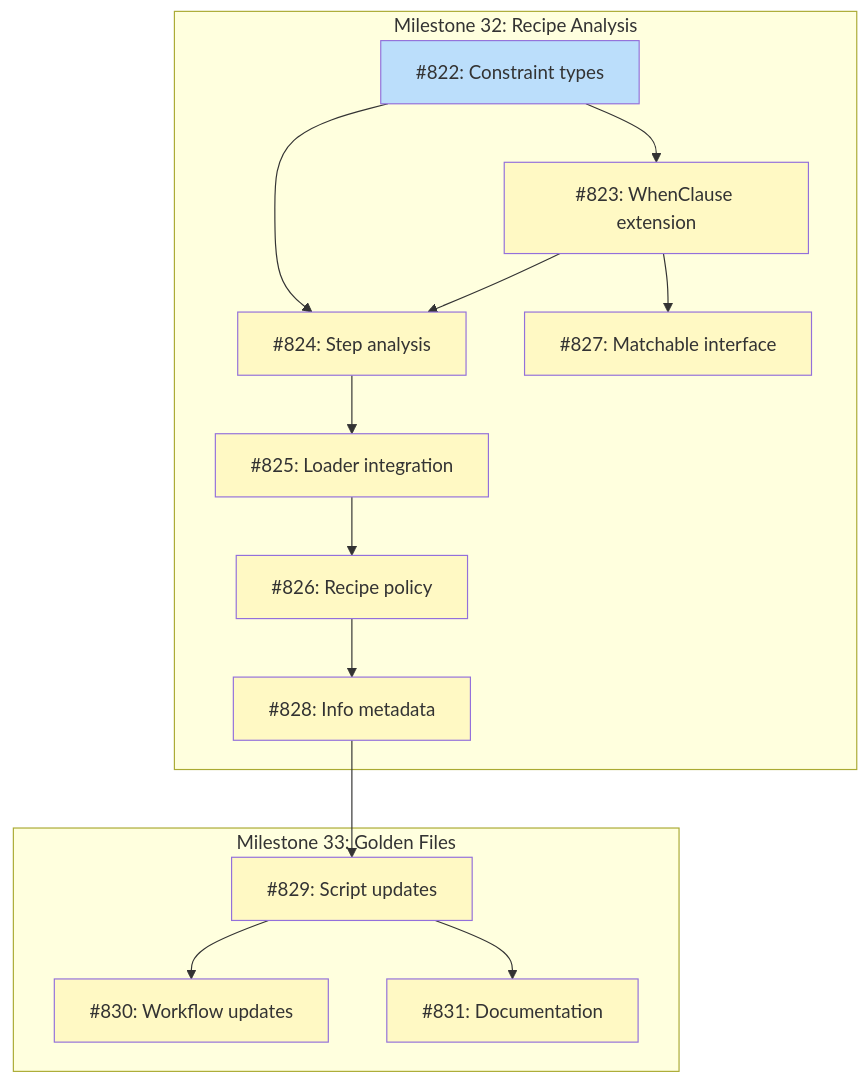
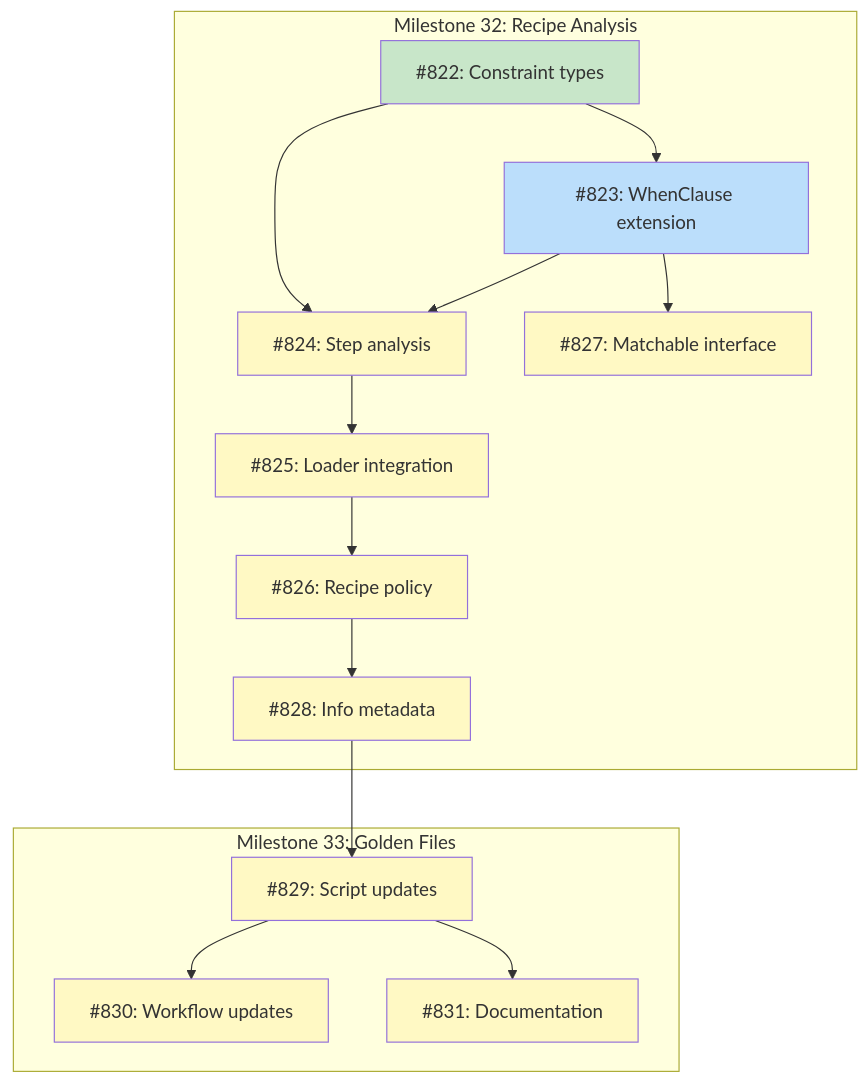
The diagram in docs/DESIGN-golden-family-support.md (tsukumogami/tsuku), drawn with Mermaid before and after one commit. The commit also changed 2 other files, not shown here.

Commit message:
feat(recipe): add platform constraint types with validation (#832)
Add Constraint and StepAnalysis types plus detectInterpolatedVars
function
to support Linux family-aware golden file support (Phase 1 of Milestone
32).

- Constraint type with OS, Arch, LinuxFamily fields
- Clone() method (nil-safe, returns empty constraint for nil receiver)
- Validate() method (rejects LinuxFamily with non-linux OS)
- StepAnalysis type combining constraint with FamilyVarying flag
- detectInterpolatedVars() scans for {{linux_family}}, {{os}}, {{arch}}

````diff
--- a/docs/DESIGN-golden-family-support.md
+++ b/docs/DESIGN-golden-family-support.md
@@ -31,37 +31,38 @@
 ```mermaid
 graph TD
     subgraph M32["Milestone 32: Recipe Analysis"]
         I822["#822: Constraint types"]
         I823["#823: WhenClause extension"]
         I824["#824: Step analysis"]
         I825["#825: Loader integration"]
         I826["#826: Recipe policy"]
         I827["#827: Matchable interface"]
         I828["#828: Info metadata"]
     end
 
     subgraph M33["Milestone 33: Golden Files"]
         I829["#829: Script updates"]
         I830["#830: Workflow updates"]
         I831["#831: Documentation"]
     end
 
     I822 --> I823
     I822 --> I824
     I823 --> I824
     I823 --> I827
     I824 --> I825
     I825 --> I826
     I826 --> I828
     I828 --> I829
     I829 --> I830
     I829 --> I831
 
     classDef done fill:#c8e6c9
     classDef ready fill:#bbdefb
     classDef blocked fill:#fff9c4
     classDef needsDesign fill:#e1bee7
 
-    class I822 ready
-    class I823,I824,I825,I826,I827,I828,I829,I830,I831 blocked
+    class I822 done
+    class I823 ready
+    class I824,I825,I826,I827,I828,I829,I830,I831 blocked
 ```
````
